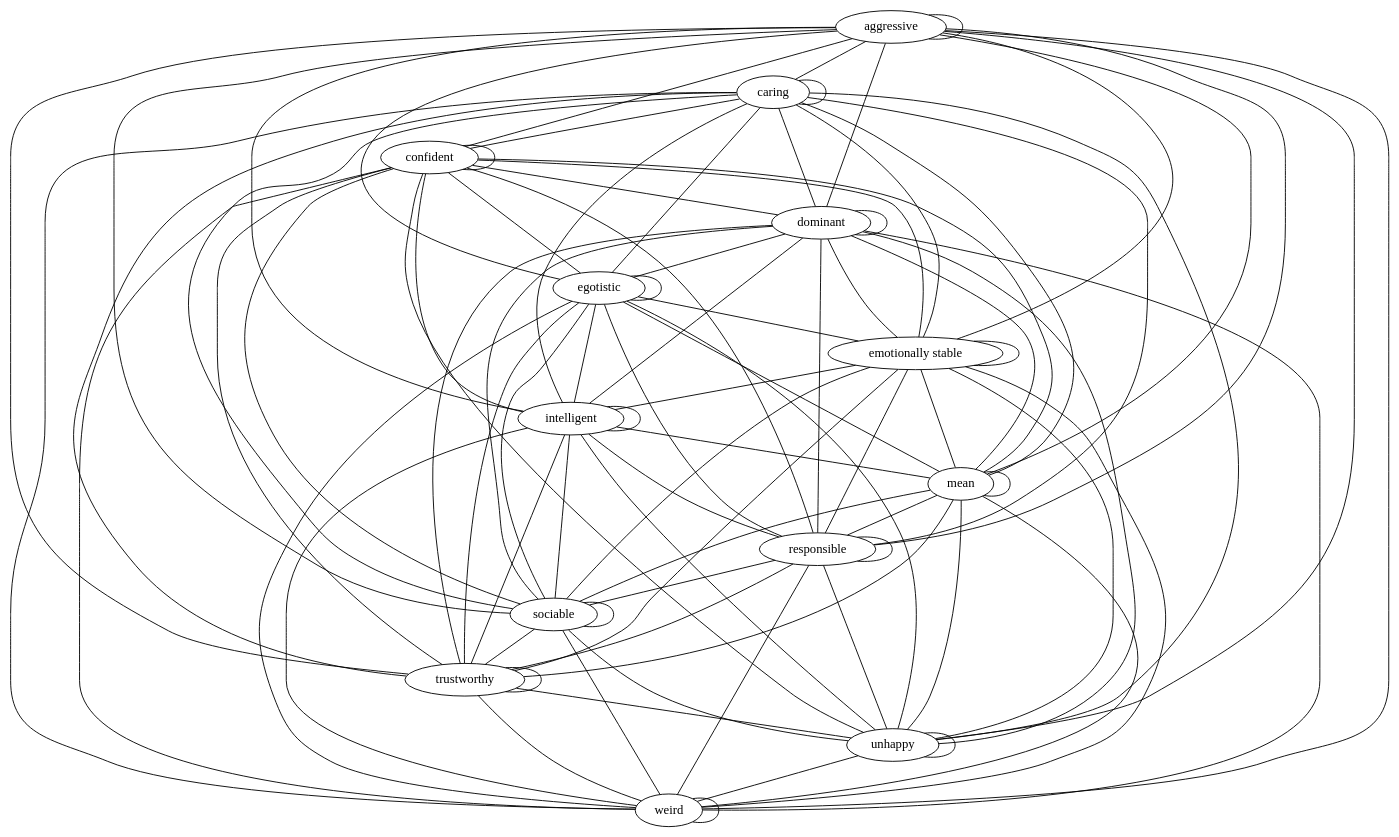
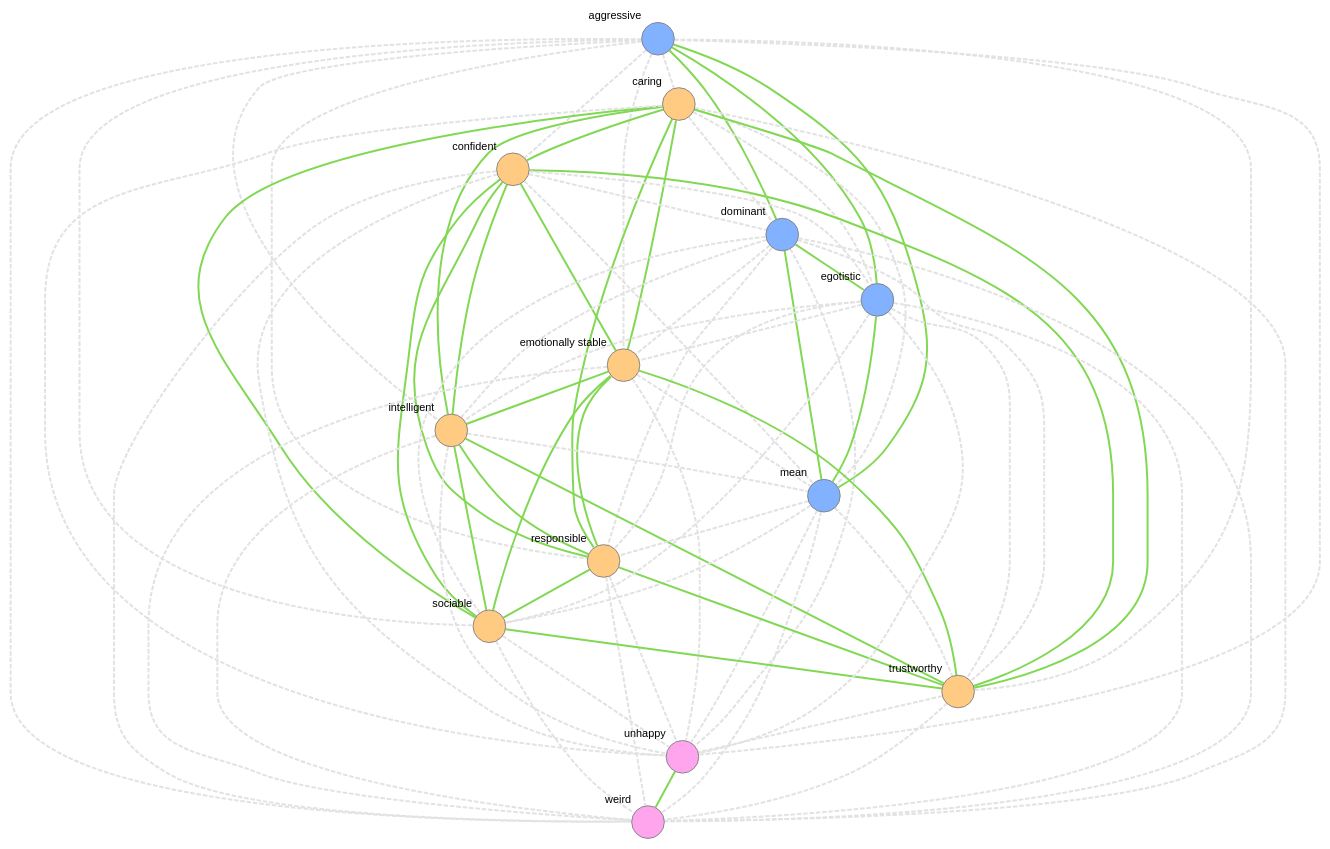
One commit to jahchwe/NN_code changed the diagram in figures/dotfiles/conceptSM.dot. Above: the diagram before and after it, drawn with Graphviz.

Commit message:
dotfile for new matrix

```diff
--- a/figures/dotfiles/conceptSM.dot
+++ b/figures/dotfiles/conceptSM.dot
@@ -1,93 +1,99 @@
 graph "" {
-	aggressive -- aggressive	 [len=1.0];
+	graph [
+	  overlap=false outputorder=edgesfirst];
+	node [shape="circle" style=filled color="gray" fixedsize=true size=4000 label="" fontname=Arial fontsize=12 labeljust="r"];
+	edge [style="dashed" color="#e2e2e2" penwidth=2.2]
+	aggressive [fillcolor="#82b1ff" xlabel="aggressive"];
+	caring [fillcolor="#ffca82" xlabel="caring"];
+	confident [fillcolor="#ffca82" xlabel="confident"];
+	dominant [fillcolor="#82b1ff" xlabel="dominant"];
+	"emotionally stable" [fillcolor="#ffca82" xlabel="emotionally stable"];
+	intelligent [fillcolor="#ffca82" xlabel="intelligent"];
+	mean [fillcolor="#82b1ff" xlabel="mean"];
+	responsible [fillcolor="#ffca82" xlabel="responsible"];
+	weird [fillcolor="#ffa5ee" xlabel="weird"];
+	sociable [fillcolor="#ffca82" xlabel="sociable"];
+	trustworthy [fillcolor="#ffca82" xlabel="trustworthy"];
+	unhappy [fillcolor="#ffa5ee" xlabel="unhappy"];
+	egotistic [fillcolor="#82b1ff" xlabel="egotistic"];
+
+
 	aggressive -- caring	 [len=6.38053];
 	aggressive -- confident	 [len=4.35398];
-	aggressive -- dominant	 [len=3.21239];
-	aggressive -- egotistic	 [len=3.49115];
+	aggressive -- dominant	 [len=3.21239 style="filled" color="#82d854"];
+	aggressive -- egotistic	 [len=3.49115 style="filled" color="#82d854"];
 	aggressive -- "emotionally stable"	 [len=6.04867];
 	aggressive -- intelligent	 [len=5.11504];
-	aggressive -- mean	 [len=3.30088];
+	aggressive -- mean	 [len=3.30088 style="filled" color="#82d854"];
 	aggressive -- responsible	 [len=5.5177];
 	aggressive -- sociable	 [len=5.19027];
 	aggressive -- trustworthy	 [len=5.84071];
 	aggressive -- unhappy	 [len=4.15929];
 	aggressive -- weird	 [len=5.25221];
-	caring -- caring	 [len=1.0];
-	caring -- confident	 [len=4.0708];
+	caring -- confident	 [len=4.0708 style="filled" color="#82d854"];
 	caring -- dominant	 [len=5.57522];
 	caring -- egotistic	 [len=6.17257];
-	caring -- "emotionally stable"	 [len=3.49115];
-	caring -- intelligent	 [len=4.1150400000000005];
+	caring -- "emotionally stable"	 [len=3.49115 style="filled" color="#82d854"];
+	caring -- intelligent	 [len=4.1150400000000005 style="filled" color="#82d854"];
 	caring -- mean	 [len=6.9469];
-	caring -- responsible	 [len=3.54867];
-	caring -- sociable	 [len=3.68142];
-	caring -- trustworthy	 [len=3.25664];
+	caring -- responsible	 [len=3.54867 style="filled" color="#82d854"];
+	caring -- sociable	 [len=3.68142 style="filled" color="#82d854"];
+	caring -- trustworthy	 [len=3.25664 style="filled" color="#82d854"];
 	caring -- unhappy	 [len=5.56637];
 	caring -- weird	 [len=4.74336];
-	confident -- confident	 [len=1.0];
 	confident -- dominant	 [len=3.75221];
 	confident -- egotistic	 [len=3.73451];
-	confident -- "emotionally stable"	 [len=3.42035];
-	confident -- intelligent	 [len=3.76549];
+	confident -- "emotionally stable"	 [len=3.42035 style="filled" color="#82d854"];
+	confident -- intelligent	 [len=3.76549 style="filled" color="#82d854"];
 	confident -- mean	 [len=5.14159];
-	confident -- responsible	 [len=3.76106];
-	confident -- sociable	 [len=3.26106];
-	confident -- trustworthy	 [len=3.88053];
+	confident -- responsible	 [len=3.76106 style="filled" color="#82d854"];
+	confident -- sociable	 [len=3.26106 style="filled" color="#82d854"];
+	confident -- trustworthy	 [len=3.88053 style="filled" color="#82d854"];
 	confident -- unhappy	 [len=6.23009];
 	confident -- weird	 [len=5.36283];
-	dominant -- dominant	 [len=1.0];
-	dominant -- egotistic	 [len=3.42478];
+	dominant -- egotistic	 [len=3.42478 style="filled" color="#82d854"];
 	dominant -- "emotionally stable"	 [len=4.88053];
 	dominant -- intelligent	 [len=4.47345];
-	dominant -- mean	 [len=3.81416];
+	dominant -- mean	 [len=3.81416 style="filled" color="#82d854"];
 	dominant -- responsible	 [len=4.75221];
 	dominant -- sociable	 [len=4.50885];
 	dominant -- trustworthy	 [len=5.06195];
 	dominant -- unhappy	 [len=5.28319];
 	dominant -- weird	 [len=5.5177];
-	egotistic -- egotistic	 [len=1.0];
 	egotistic -- "emotionally stable"	 [len=5.62832];
 	egotistic -- intelligent	 [len=4.699120000000001];
-	egotistic -- mean	 [len=3.64602];
+	egotistic -- mean	 [len=3.64602 style="filled" color="#82d854"];
 	egotistic -- responsible	 [len=5.26106];
 	egotistic -- sociable	 [len=4.66372];
 	egotistic -- trustworthy	 [len=5.69027];
 	egotistic -- unhappy	 [len=4.86726];
 	egotistic -- weird	 [len=5.08407];
-	"emotionally stable" -- "emotionally stable"	 [len=1.0];
-	"emotionally stable" -- intelligent	 [len=4.10619];
+	"emotionally stable" -- intelligent	 [len=4.10619 style="filled" color="#82d854"];
 	"emotionally stable" -- mean	 [len=6.16814];
-	"emotionally stable" -- responsible	 [len=3.50885];
-	"emotionally stable" -- sociable	 [len=3.81858];
-	"emotionally stable" -- trustworthy	 [len=3.51327];
+	"emotionally stable" -- responsible	 [len=3.50885 style="filled" color="#82d854"];
+	"emotionally stable" -- sociable	 [len=3.81858 style="filled" color="#82d854"];
+	"emotionally stable" -- trustworthy	 [len=3.51327 style="filled" color="#82d854"];
 	"emotionally stable" -- unhappy	 [len=6.27876];
 	"emotionally stable" -- weird	 [len=5.32301];
-	intelligent -- intelligent	 [len=1.0];
 	intelligent -- mean	 [len=5.25221];
-	intelligent -- responsible	 [len=3.71681];
-	intelligent -- sociable	 [len=4.31858];
-	intelligent -- trustworthy	 [len=4.02655];
+	intelligent -- responsible	 [len=3.71681 style="filled" color="#82d854"];
+	intelligent -- sociable	 [len=4.31858 style="filled" color="#82d854"];
+	intelligent -- trustworthy	 [len=4.02655 style="filled" color="#82d854"];
 	intelligent -- unhappy	 [len=4.99115];
 	intelligent -- weird	 [len=4.35841];
-	mean -- mean	 [len=1.0];
 	mean -- responsible	 [len=5.74779];
 	mean -- sociable	 [len=5.87168];
 	mean -- trustworthy	 [len=6.30531];
 	mean -- unhappy	 [len=3.77434];
 	mean -- weird	 [len=5.35398];
-	responsible -- responsible	 [len=1.0];
-	responsible -- sociable	 [len=4.16814];
-	responsible -- trustworthy	 [len=3.14602];
+	responsible -- sociable	 [len=4.16814 style="filled" color="#82d854"];
+	responsible -- trustworthy	 [len=3.14602 style="filled" color="#82d854"];
 	responsible -- unhappy	 [len=5.4646];
 	responsible -- weird	 [len=5.11062];
-	sociable -- sociable	 [len=1.0];
-	sociable -- trustworthy	 [len=4.05752];
+	sociable -- trustworthy	 [len=4.05752 style="filled" color="#82d854"];
 	sociable -- unhappy	 [len=6.04867];
 	sociable -- weird	 [len=5.5177];
-	trustworthy -- trustworthy	 [len=1.0];
 	trustworthy -- unhappy	 [len=5.48673];
 	trustworthy -- weird	 [len=5.06195];
-	unhappy -- unhappy	 [len=1.0];
-	unhappy -- weird	 [len=4.53097];
-	weird -- weird	 [len=1.0];
+	unhappy -- weird	 [len=4.53097 style="filled" color="#82d854"];
 }
```
